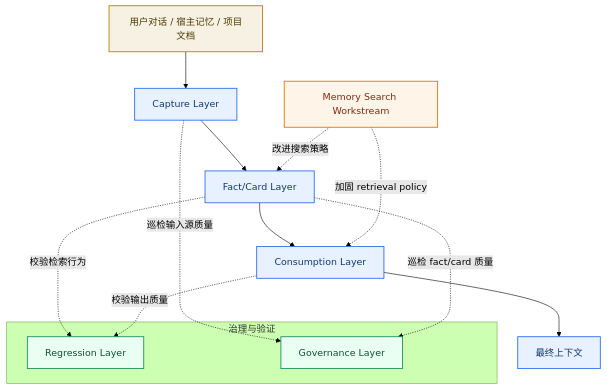
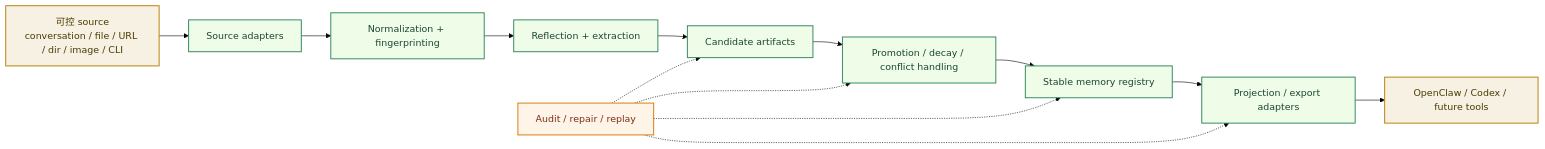
The eighth of 12 diagrams in system-architecture.md (redcreen/memory-context-claw), drawn with Mermaid (forest theme) before and after one commit. The commit also changed other lines of this file and 5 other files, not shown here.

Commit message:
Refresh top-level architecture docs

````diff
--- a/system-architecture.md
+++ b/system-architecture.md
@@ -494,30 +414,23 @@
 ```mermaid
-flowchart TB
-    A["用户对话 / 宿主记忆 / 项目文档"] --> B["Capture Layer"]
-    B --> C["Fact/Card Layer"]
-    C --> D["Consumption Layer"]
-    D --> E["最终上下文"]
+flowchart LR
+    A["可控 source\nconversation / file / URL / dir / image / CLI"] --> B["Source adapters"]
+    B --> C["Normalization + fingerprinting"]
+    C --> D["Reflection + extraction"]
+    D --> E["Candidate artifacts"]
+    E --> F["Promotion / decay / conflict handling"]
+    F --> G["Stable memory registry"]
+    G --> H["Projection / export adapters"]
+    H --> I["OpenClaw / Codex / future tools"]
 
-    subgraph OPS["治理与验证"]
-        F["Regression Layer"]
-        G["Governance Layer"]
-    end
+    J["Audit / repair / replay"] -.-> E
+    J -.-> F
+    J -.-> G
+    J -.-> H
 
-    H["Memory Search Workstream"]
-
-    C -. 校验检索行为 .-> F
-    D -. 校验输出质量 .-> F
-    B -. 巡检输入源质量 .-> G
-    C -. 巡检 fact/card 质量 .-> G
-    H -. 改进搜索策略 .-> C
-    H -. 加固 retrieval policy .-> D
-
-    classDef input fill:#f7f1e3,stroke:#b58105,color:#4a3a00,stroke-width:1.5px;
-    classDef plugin fill:#e8f1ff,stroke:#2f6feb,color:#123a73,stroke-width:1.5px;
-    classDef ops fill:#e8fff2,stroke:#1f8f5f,color:#0f5132,stroke-width:1.5px;
-    classDef workstream fill:#fff4e8,stroke:#d97706,color:#7c2d12,stroke-width:1.5px;
-    class A input;
-    class B,C,D,E plugin;
-    class F,G ops;
-    class H workstream;
+    classDef input fill:#f7f1e3,stroke:#b58105,color:#4a3a00,stroke-width:1.6px;
+    classDef core fill:#eefce8,stroke:#2f855a,color:#1c4532,stroke-width:1.6px;
+    classDef ops fill:#fff4e8,stroke:#d97706,color:#7c2d12,stroke-width:1.6px;
+    class A,I input;
+    class B,C,D,E,F,G,H core;
+    class J ops;
 ```
````
